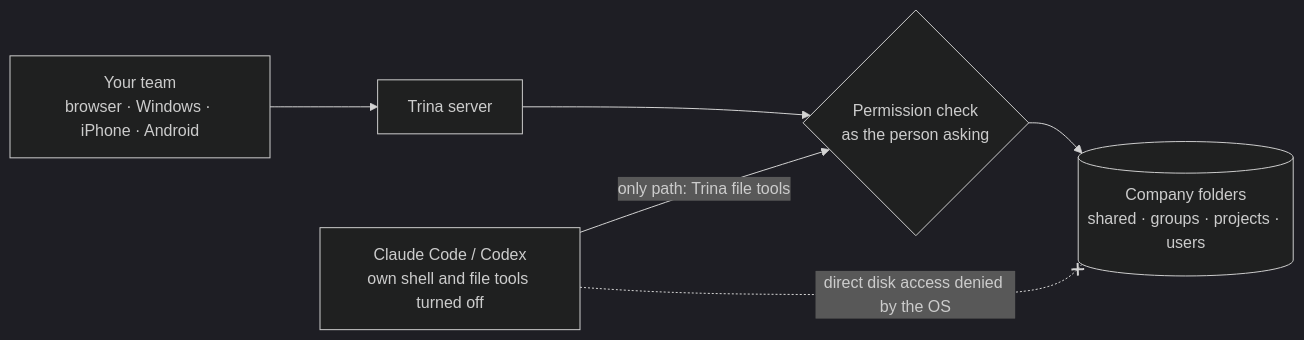
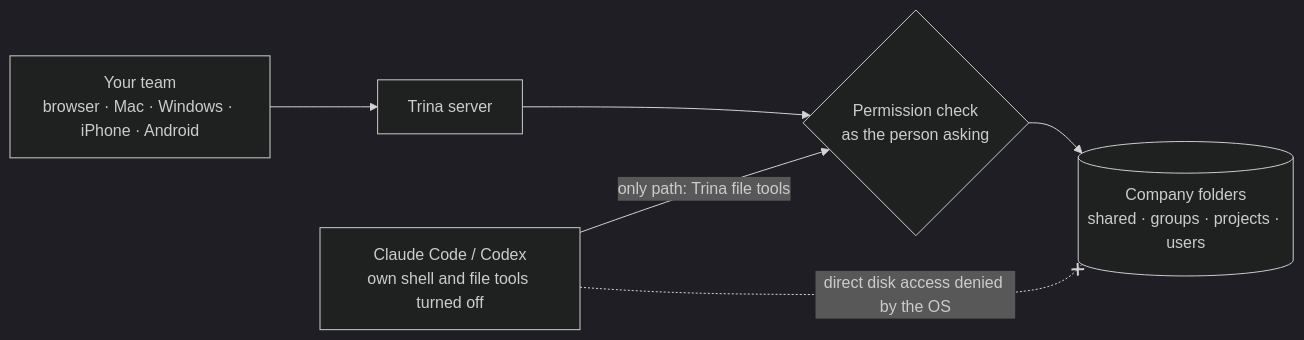
One commit to trina-app/trina-ax changed the diagram in README.md. Above: the diagram before and after it, drawn with Mermaid (dark theme). The commit also changed other lines of this file and 8 other files, not shown here.

First line of the commit message:
README: read like a landing page for team leads; the Mac app is on the App Store

````diff
--- a/README.md
+++ b/README.md
@@ -77,8 +152,8 @@
 ```mermaid
 flowchart LR
-  P["Your team<br/>browser · Windows · iPhone · Android"] --> S["Trina server"]
+  P["Your team<br/>browser · Mac · Windows · iPhone · Android"] --> S["Trina server"]
   E["Claude Code / Codex<br/>own shell and file tools turned off"] -->|"only path: Trina file tools"| C{"Permission check<br/>as the person asking"}
   S --> C
   C --> D[("Company folders<br/>shared · groups · projects · users")]
   E -. "direct disk access denied by the OS" .-x D
 ```
````
